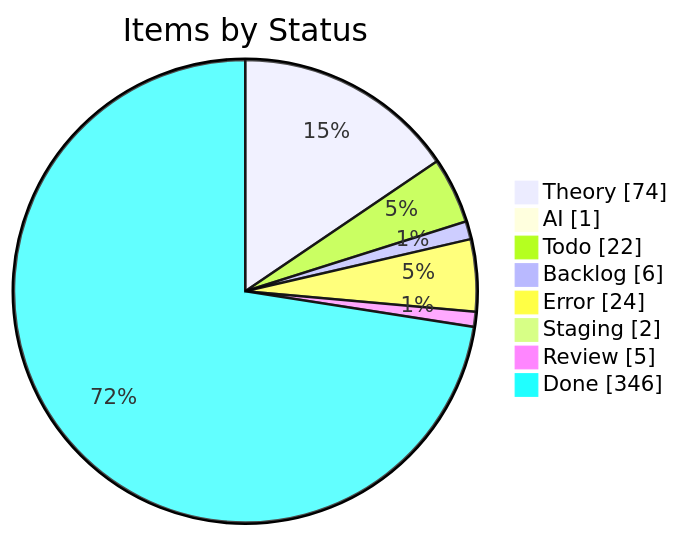
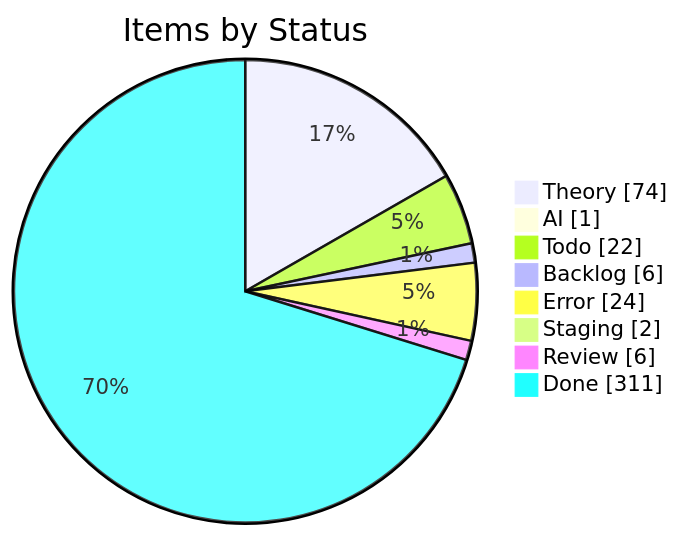
Before and after one commit to KBVE/kbve: the first of 4 diagrams in apps/kbve/astro-kbve/src/content/docs/dashboard/kanban-data.mdx, drawn with Mermaid. The commit also changed other lines of this file and 7 other files, not shown here.

````diff
--- a/apps/kbve/astro-kbve/src/content/docs/dashboard/kanban-data.mdx
+++ b/apps/kbve/astro-kbve/src/content/docs/dashboard/kanban-data.mdx
@@ -55,12 +55,12 @@
 ```mermaid
 pie showData
     title Items by Status
     "Theory" : 74
     "AI" : 1
     "Todo" : 22
     "Backlog" : 6
     "Error" : 24
     "Staging" : 2
-    "Review" : 5
-    "Done" : 346
+    "Review" : 6
+    "Done" : 311
 ```
````
